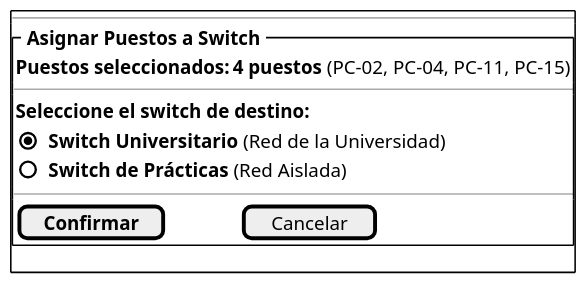
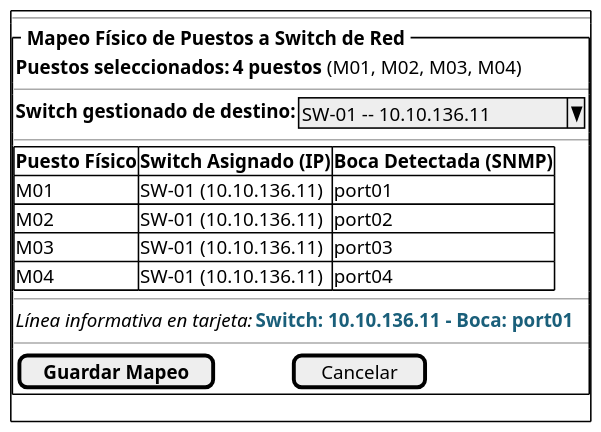
Before and after one commit to Carlos-Lima2510/mesh-panel: the diagram in RUP/01-requisitos/01-detalle-casos-uso/asignarPuestosASwitch/wireframes.puml, drawn with PlantUML. The commit also changed 14 other files, not shown here.

```diff
--- a/RUP/01-requisitos/01-detalle-casos-uso/asignarPuestosASwitch/wireframes.puml
+++ b/RUP/01-requisitos/01-detalle-casos-uso/asignarPuestosASwitch/wireframes.puml
@@ -1,24 +1,32 @@
-@startsalt wireframes
+@startsalt asignarPuestosASwitch-wireframe
 skinparam dpi 150
 skinparam defaultFontName sans-serif
 {+
   --
-  {^"<b> Asignar Puestos a Switch </b>"
+  {^"<b> Mapeo Físico de Puestos a Switch de Red </b>"
     {
-      <b>Puestos seleccionados:</b> | <b>4 puestos</b> (PC-02, PC-04, PC-11, PC-15)
+      <b>Puestos seleccionados:</b> | <b>4 puestos</b> (M01, M02, M03, M04)
     }
     --
     {
-      <b>Seleccione el switch de destino:</b>
-      {
-        (X) <b>Switch Universitario</b> (Red de la Universidad)
-        () <b>Switch de Prácticas</b> (Red Aislada)
-      }
+      <b>Switch gestionado de destino:</b> | ^SW-01 -- 10.10.136.11^
+    }
+    --
+    {#
+      <b>Puesto Físico</b> | <b>Switch Asignado (IP)</b> | <b>Boca Detectada (SNMP)</b>
+      M01 | SW-01 (10.10.136.11) | port01
+      M02 | SW-01 (10.10.136.11) | port02
+      M03 | SW-01 (10.10.136.11) | port03
+      M04 | SW-01 (10.10.136.11) | port04
     }
     --
     {
-      [ <b>Confirmar</b> ] | <color:transparent>________________________________________</color> | [ Cancelar ]
+      <i>Línea informativa en tarjeta:</i> | <color:#1A5F7A><b>Switch: 10.10.136.11 - Boca: port01</b></color>
+    }
+    --
+    {
+      [ <b>Guardar Mapeo</b> ] | <color:transparent>________________________________________</color> | [ Cancelar ]
     }
   }
 }
 @endsalt
```
